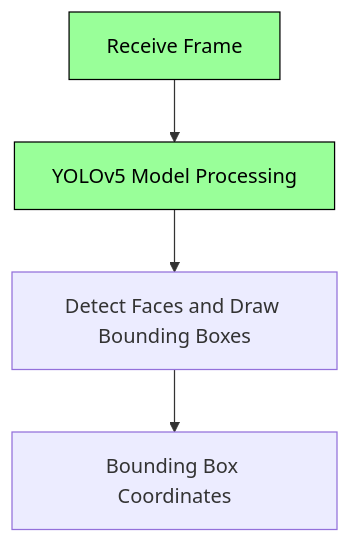
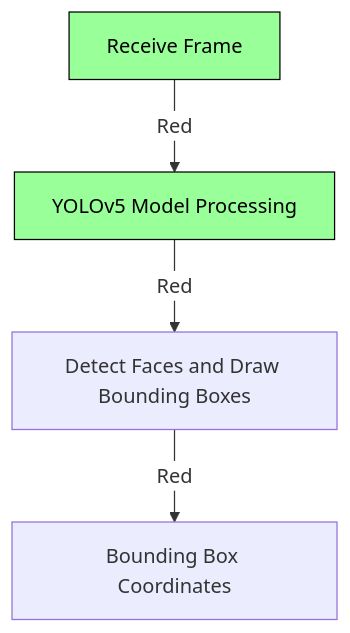
Before and after one commit to Tharun-selladurai/face_liveliness_web_platform: the second of 6 diagrams in README.md, drawn with Mermaid. The commit also changed other lines of this file, not shown here.

````diff
--- a/README.md
+++ b/README.md
@@ -79,10 +74,10 @@
 ```mermaid
 %%{init: {'theme': 'default', 'themeVariables': {'edgeLabelBackground':'#ffffff', 'tertiaryColor':'#ffffff'}}}%%
 graph TD;
-    A[Receive Frame] --> B[YOLOv5 Model Processing]
-    B --> C[Detect Faces and Draw Bounding Boxes]
-    C --> D[Bounding Box Coordinates]
+    A[Receive Frame] -->|Red| B[YOLOv5 Model Processing]
+    B -->|Red| C[Detect Faces and Draw Bounding Boxes]
+    C -->|Red| D[Bounding Box Coordinates]
     
     classDef detect fill:#99ff99,stroke:#000000,color:#000000;
     class A,B detect;
 ```
````
